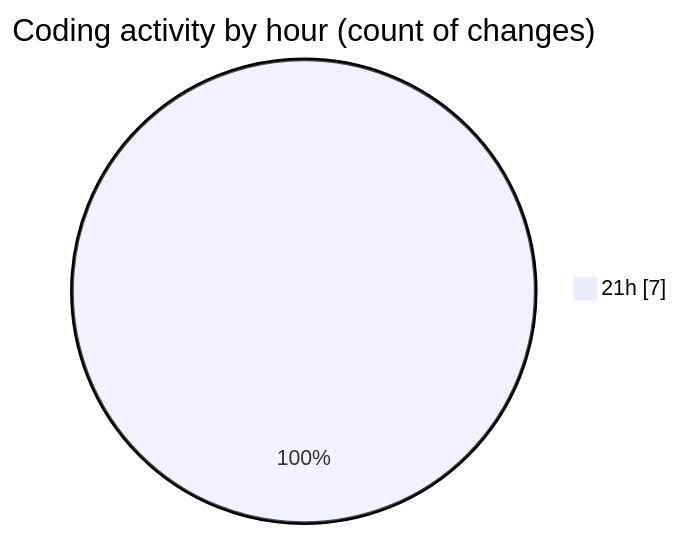
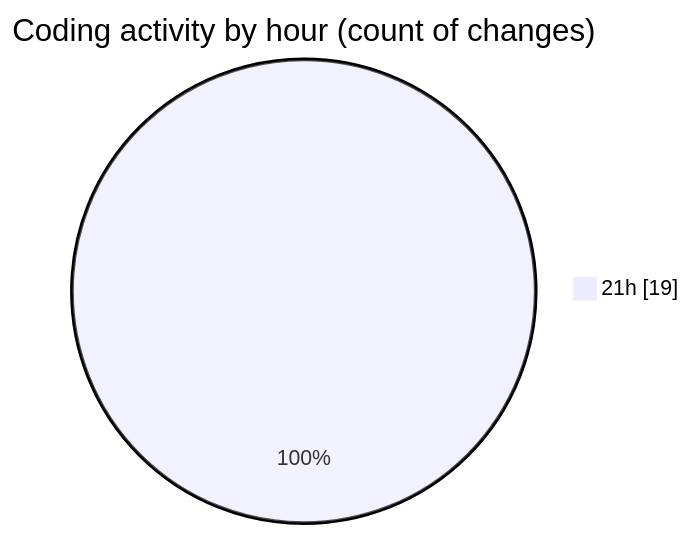
The second of 2 diagrams in 2025-09-04/tailwind/README.md (IJAZ3593/code-tracking), drawn with Mermaid before and after one commit. The commit also changed other lines of this file and 1 other file, not shown here.

````diff
--- a/2025-09-04/tailwind/README.md
+++ b/2025-09-04/tailwind/README.md
@@ -31,5 +31,5 @@
 ```mermaid
 pie showData
 title Coding activity by hour (count of changes)
-"21h" : 7
+"21h" : 19
 ```
````
